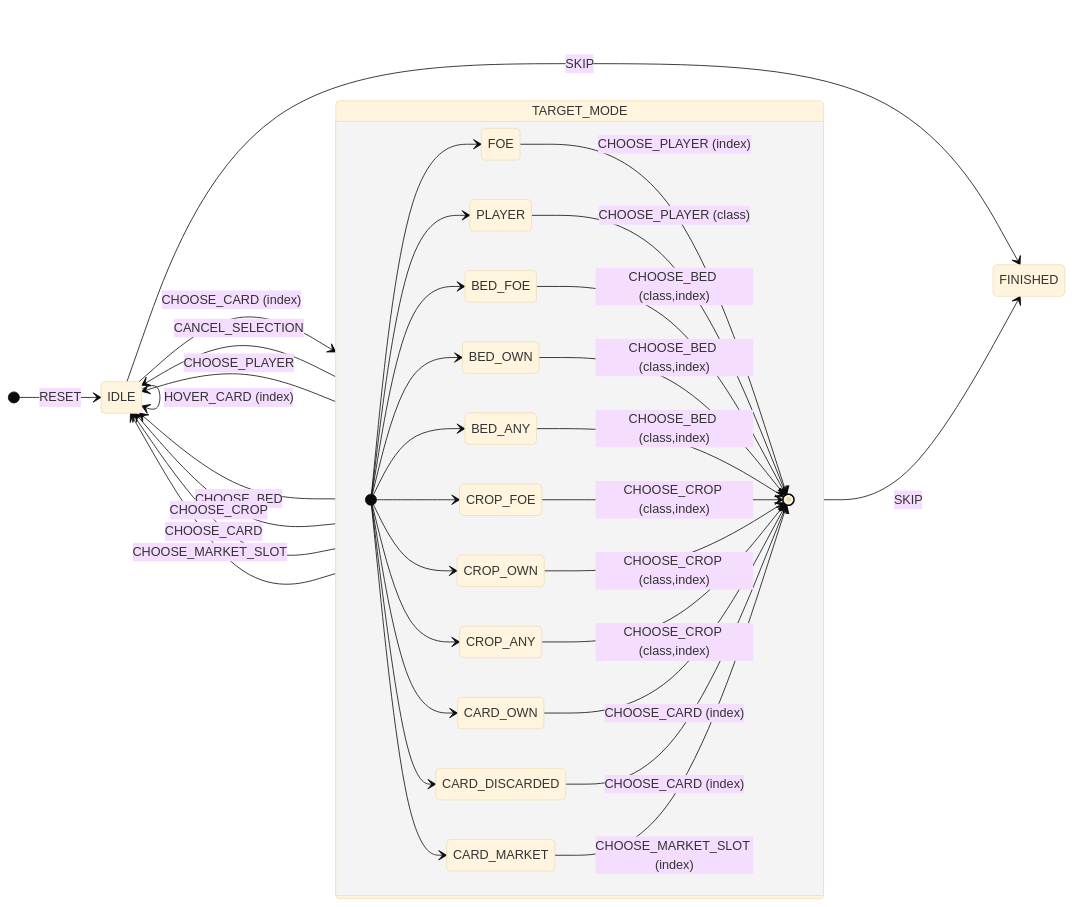
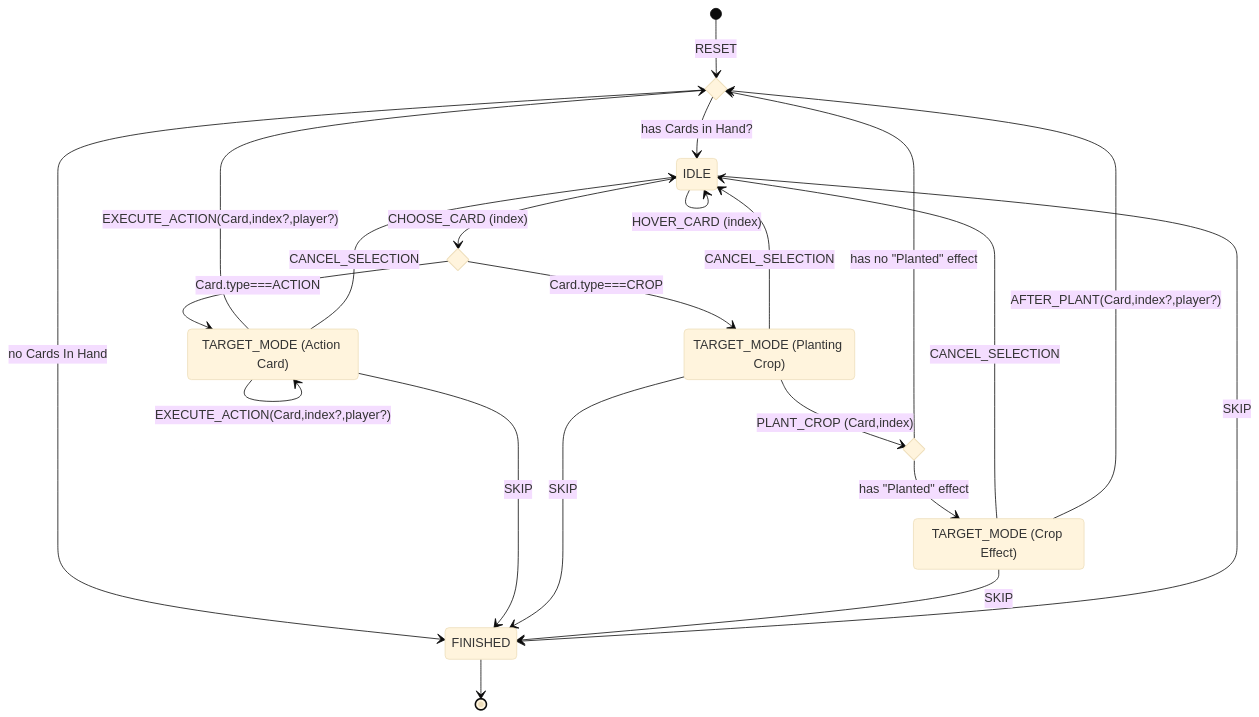
Before and after one commit to tfcp68/battle-farm: the fifth of 7 diagrams in docs/diagrams.md, drawn with Mermaid (base theme). The commit also changed other lines of this file and 23 other files, not shown here.

Commit message:
object models for entities; dedicated target mode"

````diff
--- a/docs/diagrams.md
+++ b/docs/diagrams.md
@@ -45,40 +138,30 @@
 ```mermaid
 stateDiagram-v2
-direction LR
-[*] --> IDLE: RESET
-IDLE --> IDLE: HOVER_CARD (index)
-IDLE --> TARGET_MODE: CHOOSE_CARD (index)
-IDLE --> FINISHED: SKIP
-TARGET_MODE --> FINISHED: SKIP
-TARGET_MODE --> IDLE: CANCEL_SELECTION
-TARGET_MODE --> IDLE: CHOOSE_PLAYER
-TARGET_MODE --> IDLE: CHOOSE_BED
-TARGET_MODE --> IDLE: CHOOSE_CROP
-TARGET_MODE --> IDLE: CHOOSE_CARD
-TARGET_MODE --> IDLE: CHOOSE_MARKET_SLOT
-state TARGET_MODE {
-    direction LR
-    [*]-->FOE
-    [*]-->PLAYER
-    [*]-->BED_FOE
-    [*]-->BED_OWN
-    [*]-->BED_ANY
-    [*]-->CROP_FOE
-    [*]-->CROP_OWN
-    [*]-->CROP_ANY
-    [*]-->CARD_OWN
-    [*]-->CARD_MARKET
-    [*]-->CARD_DISCARDED
-    FOE --> [*]: CHOOSE_PLAYER (index)
-    PLAYER --> [*]: CHOOSE_PLAYER (class)
-    BED_FOE --> [*]: CHOOSE_BED (class,index)
-    BED_OWN --> [*]: CHOOSE_BED (class,index)
-    BED_ANY --> [*]: CHOOSE_BED (class,index)
-    CROP_FOE --> [*]: CHOOSE_CROP (class,index)
-    CROP_OWN --> [*]: CHOOSE_CROP (class,index)
-    CROP_ANY --> [*]: CHOOSE_CROP (class,index)
-    CARD_OWN --> [*]: CHOOSE_CARD (index)
-    CARD_DISCARDED --> [*]: CHOOSE_CARD (index)
-    CARD_MARKET --> [*]: CHOOSE_MARKET_SLOT (index)
-    }
+state gotMoreCards <<choice>>
+state hasAfterPlanting <<choice>>
+state isCropCard <<choice>>
+state "TARGET_MODE (Planting Crop)" as TARGET_CROP
+state "TARGET_MODE (Crop Effect)" as TARGET_EFFECT
+state "TARGET_MODE (Action Card)" as TARGET_ACTION
+[*]-->gotMoreCards: RESET
+hasAfterPlanting-->TARGET_EFFECT: has "Planted" effect
+hasAfterPlanting-->gotMoreCards: has no "Planted" effect
+gotMoreCards-->FINISHED: no Cards In Hand
+gotMoreCards-->IDLE: has Cards in Hand?
+isCropCard-->TARGET_ACTION: Card.type===ACTION
+isCropCard-->TARGET_CROP: Card.type===CROP
+TARGET_ACTION-->TARGET_ACTION: EXECUTE_ACTION(Card,index?,player?)
+TARGET_ACTION-->gotMoreCards: EXECUTE_ACTION(Card,index?,player?)
+TARGET_ACTION-->IDLE: CANCEL_SELECTION
+TARGET_ACTION-->FINISHED: SKIP
+TARGET_CROP-->IDLE: CANCEL_SELECTION
+TARGET_CROP-->FINISHED: SKIP
+TARGET_CROP-->hasAfterPlanting: PLANT_CROP (Card,index)
+TARGET_EFFECT-->IDLE: CANCEL_SELECTION
+TARGET_EFFECT-->gotMoreCards: AFTER_PLANT(Card,index?,player?)
+TARGET_EFFECT-->FINISHED: SKIP
+IDLE-->IDLE: HOVER_CARD (index)
+IDLE-->FINISHED: SKIP
+IDLE-->isCropCard: CHOOSE_CARD (index)
+FINISHED --> [*]
 ```
````
